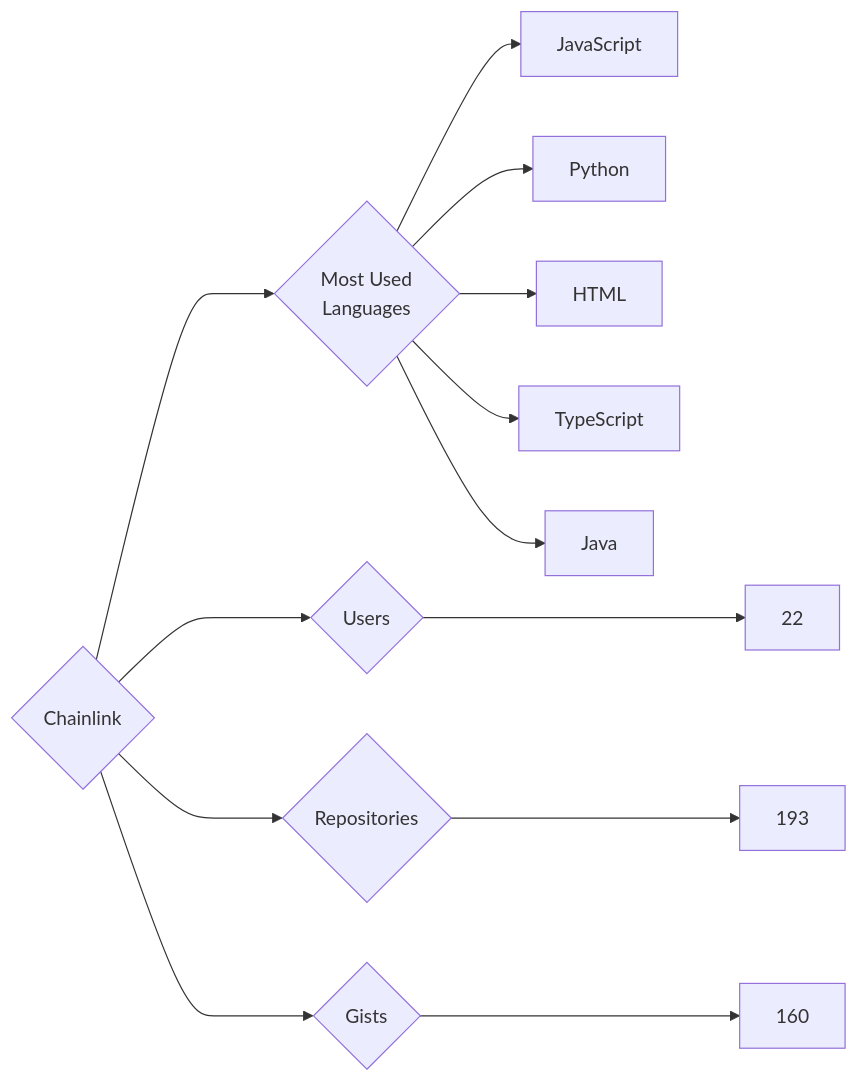
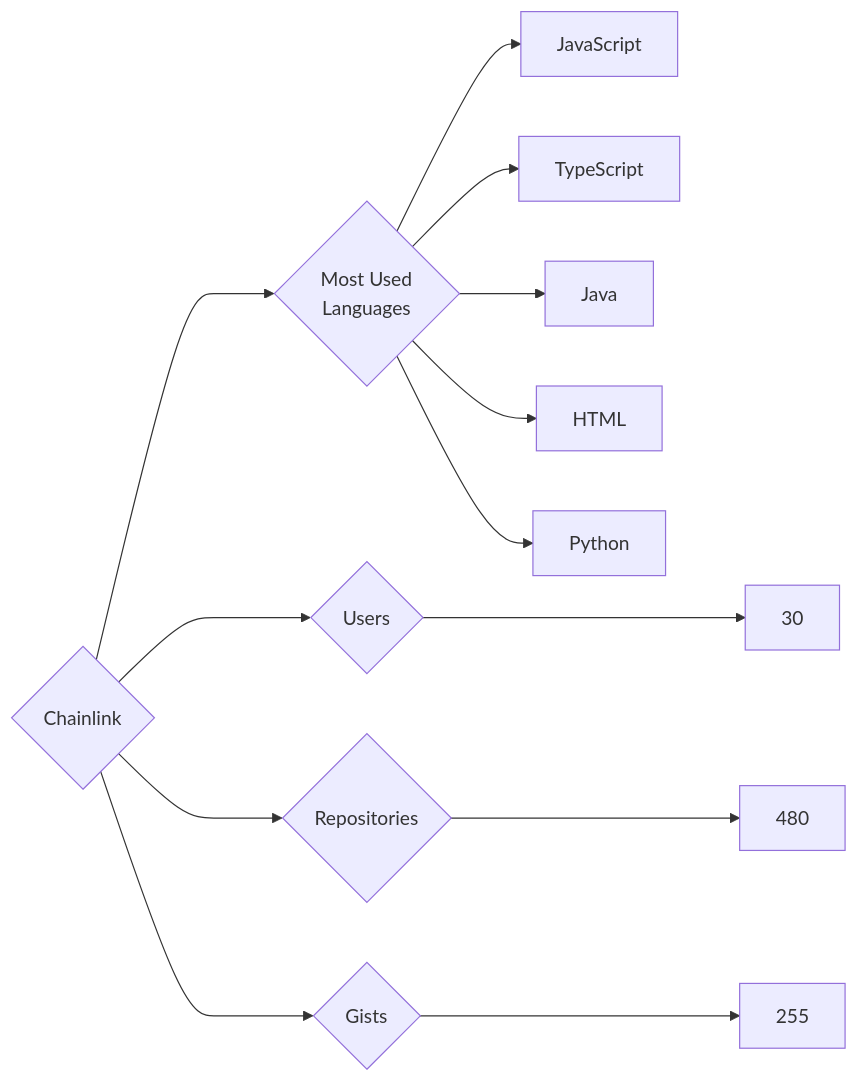
One commit to trickest/insiders changed the diagram in targets/Chainlink/README.md. Above: the diagram before and after it, drawn with Mermaid. The commit also changed 965 other files, not shown here.

````diff
--- a/targets/Chainlink/README.md
+++ b/targets/Chainlink/README.md
@@ -3,13 +3,13 @@
 ```mermaid
 graph LR
 COMPANY_NAME{Chainlink}
-COMPANY_NAME ---> U{Users} ---> UN[22]
-COMPANY_NAME ---> R{Repositories} ---> RN[193]
-COMPANY_NAME ---> G{Gists} ---> GN[160]
+COMPANY_NAME ---> U{Users} ---> UN[30]
+COMPANY_NAME ---> R{Repositories} ---> RN[480]
+COMPANY_NAME ---> G{Gists} ---> GN[255]
 COMPANY_NAME ---> ML{Most Used<br>Languages}
 ML --> JavaScript[JavaScript]
-ML --> Python[Python]
-ML --> HTML[HTML]
 ML --> TypeScript[TypeScript]
 ML --> Java[Java]
+ML --> HTML[HTML]
+ML --> Python[Python]
 ```
````
